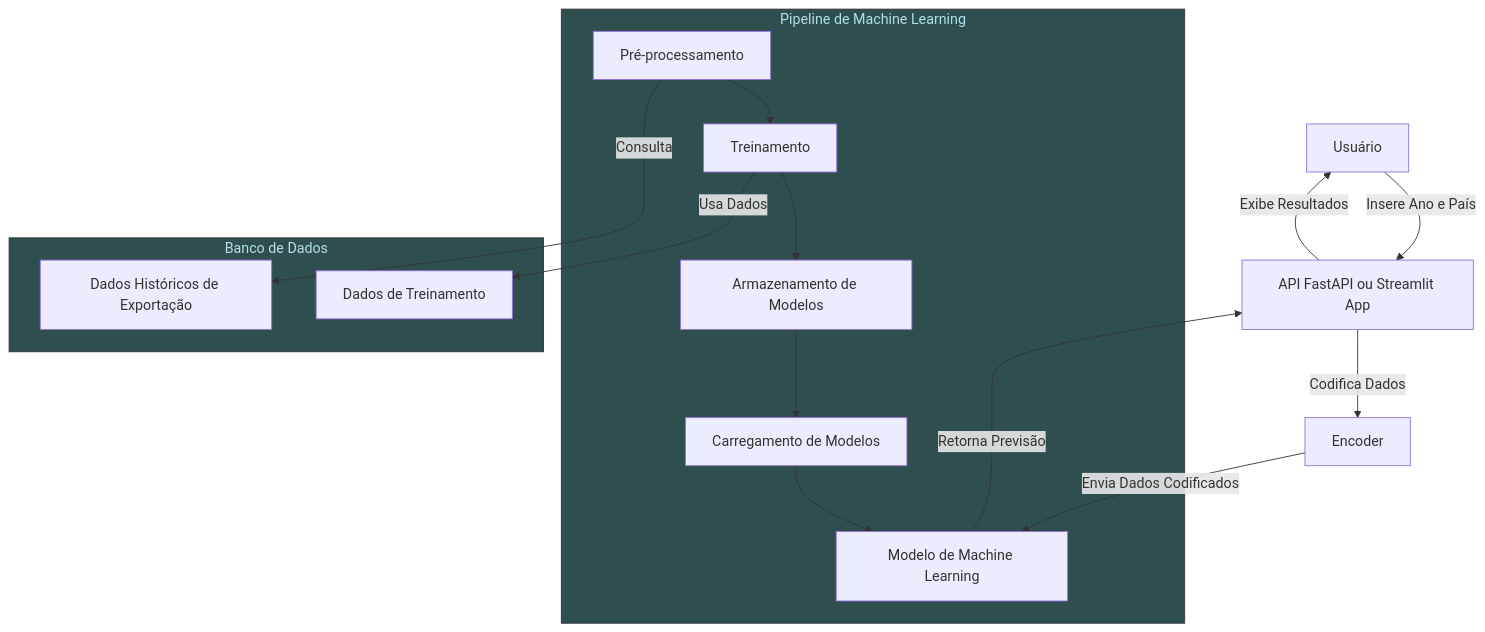
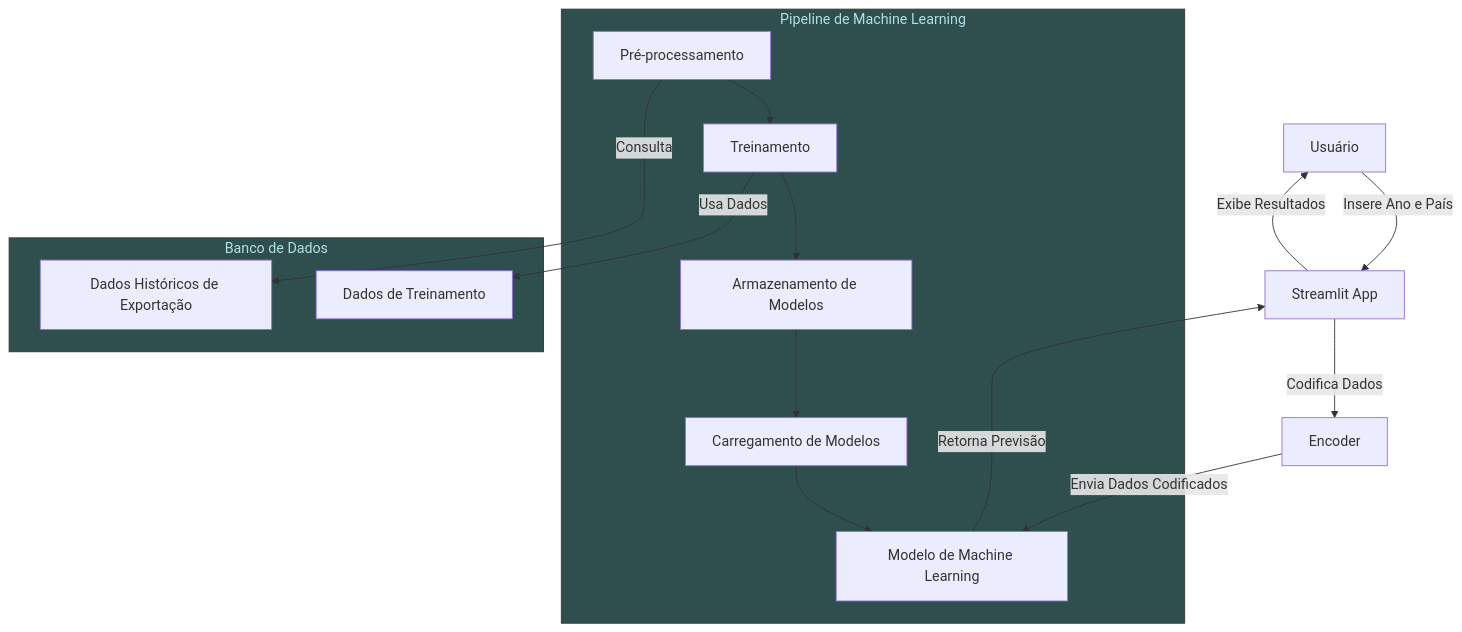
The ninth of 10 diagrams in README.md (diegoalber1/ml-tech-fiap-vitivinicultura-api), drawn with Mermaid before and after one commit. The commit also changed other lines of this file, not shown here.

Commit message:
readme changes

````diff
--- a/README.md
+++ b/README.md
@@ -457,26 +457,26 @@
 ```mermaid
 graph TD
-A[Usuário] -->|Insere Ano e País| B[API FastAPI ou Streamlit App]
+A[Usuário] -->|Insere Ano e País| B[Streamlit App]
 B -->|Codifica Dados| C[Encoder]
 C -->|Envia Dados Codificados| D[Modelo de Machine Learning]
 D -->|Retorna Previsão| B
 B -->|Exibe Resultados| A
 
 subgraph Pipeline_ML [Pipeline de Machine Learning]
 style Pipeline_ML fill:#2F4F4F,stroke:#333,stroke-width:1px,color:#B0E0E6
 E[Pré-processamento] --> F[Treinamento]
 F --> G[Armazenamento de Modelos]
 G --> H[Carregamento de Modelos]
 H --> D
 end
 
 subgraph Banco_de_Dados [Banco de Dados]
 style Banco_de_Dados fill:#2F4F4F,stroke:#333,stroke-width:1px,color:#B0E0E6
 I[Dados Históricos de Exportação]
 J[Dados de Treinamento]
 end
 
 E -->|Consulta| I
 F -->|Usa Dados| J
 
 ```
````
